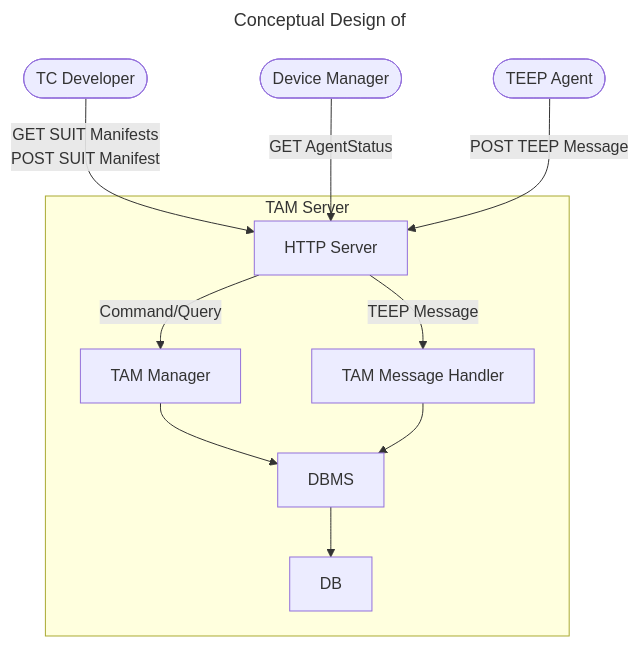
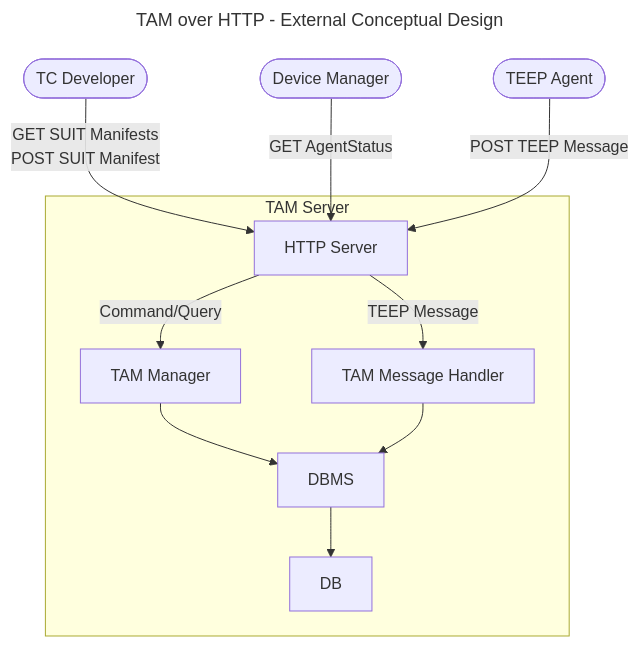
One commit to kentakayama/AttesTAM changed the diagram in doc/EXTERNAL_DESIGN.md. Above: the diagram before and after it, drawn with Mermaid. The commit also changed other lines of this file and 4 other files, not shown here.

````diff
--- a/doc/EXTERNAL_DESIGN.md
+++ b/doc/EXTERNAL_DESIGN.md
@@ -3,25 +3,25 @@
 ```mermaid
 ---
-title: Conceptual Design of 
+title: TAM over HTTP - External Conceptual Design
 ---
 
 flowchart TB
 
 TCDeveloper([TC Developer]) -- GET SUIT Manifests<br/>POST SUIT Manifest --> HTTPServer
 DeviceManager([Device Manager]) -- GET AgentStatus --> HTTPServer
 TEEPAgent([TEEP Agent]) -- POST TEEP Message --> HTTPServer
 
 subgraph TAM Server
     HTTPServer[HTTP Server]
     TAMManager[TAM Manager]
     TAMoverHTTP[TAM Message Handler]
     DBMS[DBMS]
 
     HTTPServer -- TEEP Message --> TAMoverHTTP
     HTTPServer -- Command/Query --> TAMManager
     TAMManager --> DBMS    
     TAMoverHTTP --> DBMS
     DBMS --> DB
 end
 
 ```
````
